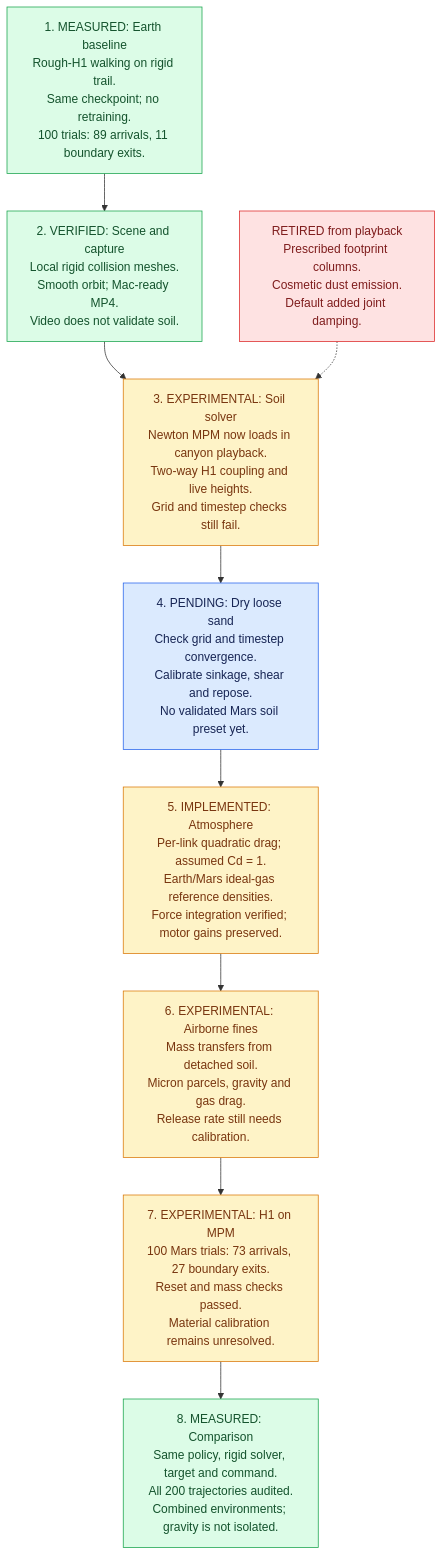
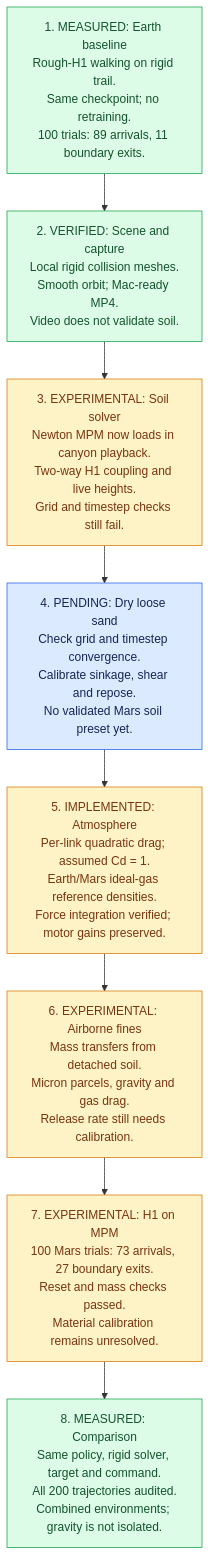
Before and after one commit to eddie-wq07/Mars-Project: the third of 3 diagrams in README.md, drawn with Mermaid. The commit also changed other lines of this file and 21 other files, not shown here.

Commit message:
Remove legacy soil, joint dampening, obselete scripts, tests, assets, diagrams

````diff
--- a/README.md
+++ b/README.md
@@ -125,24 +125,20 @@
 ```mermaid
 flowchart TD
     earth["1. MEASURED: Earth baseline<br/>Rough-H1 walking on rigid trail.<br/>Same checkpoint; no retraining.<br/>100 trials: 89 arrivals, 11 boundary exits."]
     capture["2. VERIFIED: Scene and capture<br/>Local rigid collision meshes.<br/>Smooth orbit; Mac-ready MP4.<br/>Video does not validate soil."]
     solver["3. EXPERIMENTAL: Soil solver<br/>Newton MPM now loads in canyon playback.<br/>Two-way H1 coupling and live heights.<br/>Grid and timestep checks still fail."]
     calibration["4. PENDING: Dry loose sand<br/>Check grid and timestep convergence.<br/>Calibrate sinkage, shear and repose.<br/>No validated Mars soil preset yet."]
     air["5. IMPLEMENTED: Atmosphere<br/>Per-link quadratic drag; assumed Cd = 1.<br/>Earth/Mars ideal-gas reference densities.<br/>Force integration verified; motor gains preserved."]
     grains["6. EXPERIMENTAL: Airborne fines<br/>Mass transfers from detached soil.<br/>Micron parcels, gravity and gas drag.<br/>Release rate still needs calibration."]
     test["7. EXPERIMENTAL: H1 on MPM<br/>100 Mars trials: 73 arrivals, 27 boundary exits.<br/>Reset and mass checks passed.<br/>Material calibration remains unresolved."]
     compare["8. MEASURED: Comparison<br/>Same policy, rigid solver, target and command.<br/>All 200 trajectories audited.<br/>Combined environments; gravity is not isolated."]
-    retired["RETIRED from playback<br/>Prescribed footprint columns.<br/>Cosmetic dust emission.<br/>Default added joint damping."]
 
     earth --> capture --> solver --> calibration --> air --> grains --> test --> compare
-    retired -.-> solver
 
     classDef verified fill:#dcfce7,stroke:#16a34a,color:#14532d;
     classDef experimental fill:#fef3c7,stroke:#d97706,color:#78350f;
     classDef pending fill:#dbeafe,stroke:#2563eb,color:#172554;
-    classDef retired fill:#fee2e2,stroke:#dc2626,color:#7f1d1d;
     class earth,capture,compare verified;
     class solver,air,grains,test experimental;
     class calibration pending;
-    class retired retired;
 ```
````
